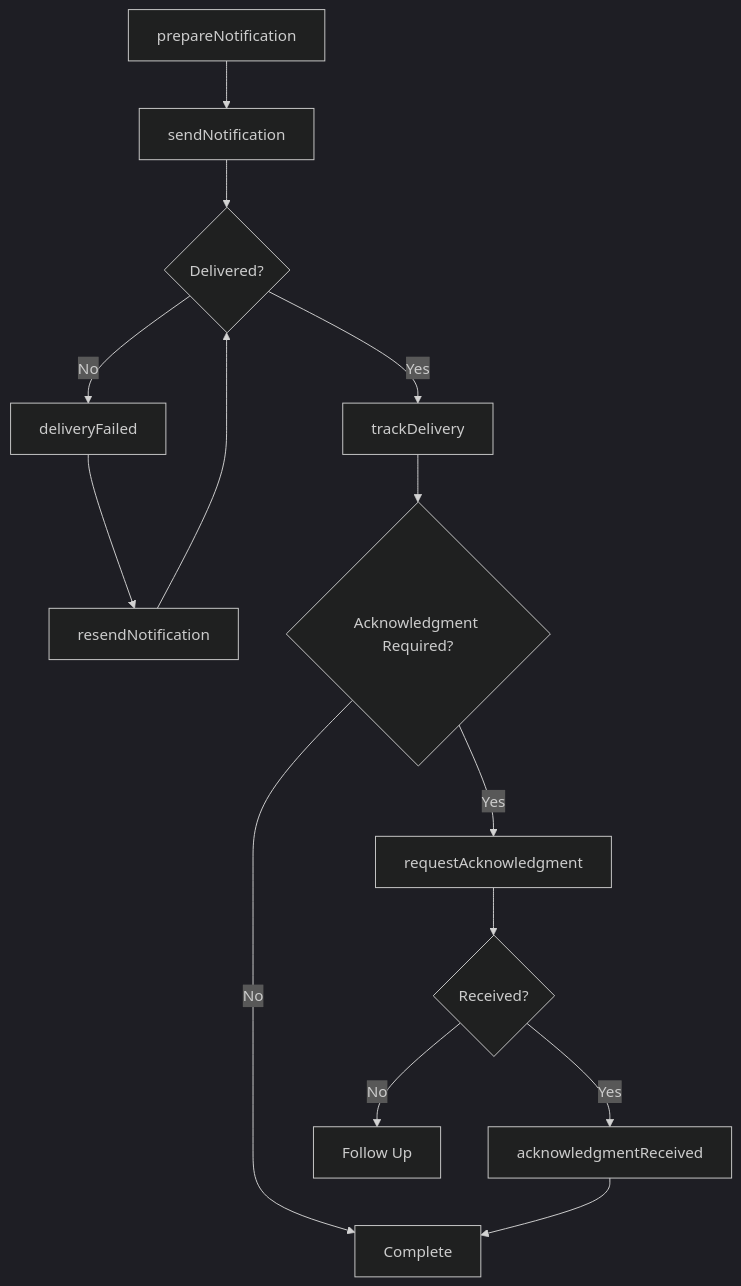
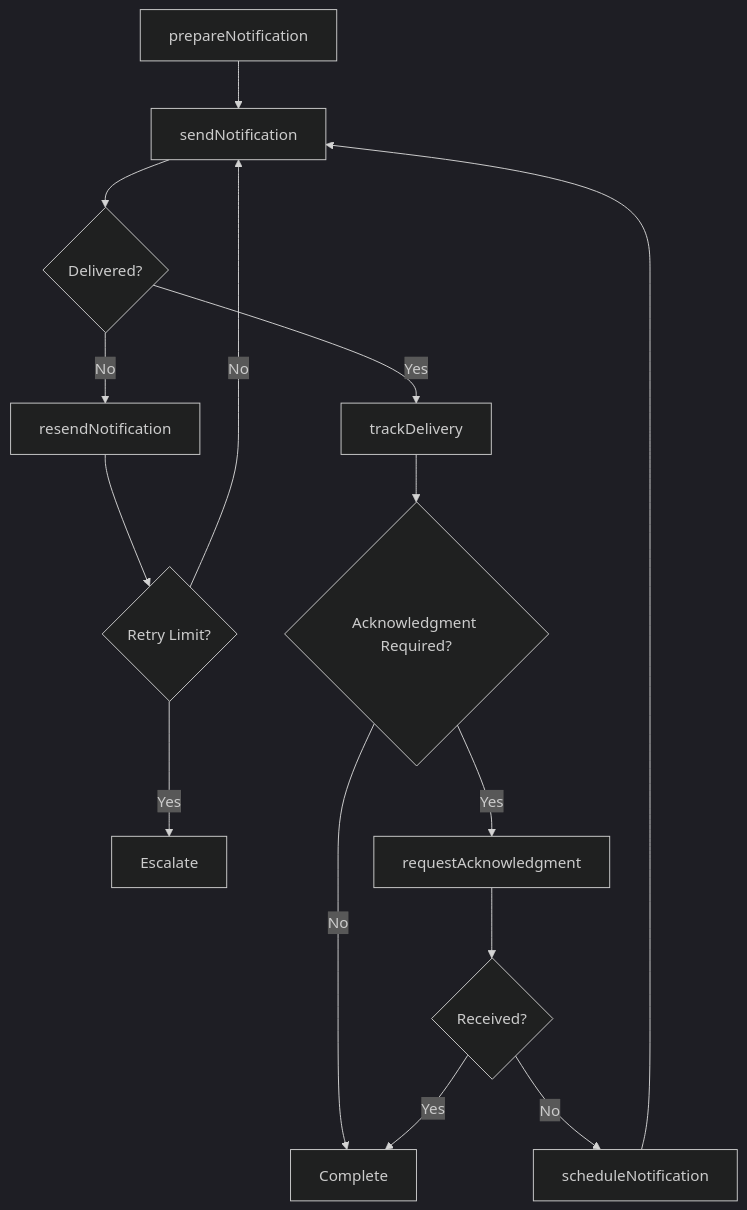
Before and after one commit to dot-org-ai/tasks.org.ai: the third of 4 diagrams in CommunicatingWithPeopleOutsideTheOrganization/ProvideInformationToGuestsClientsOrCustomers/InformIndividualsOrganizationsStatusFindings.mdx, drawn with Mermaid (dark theme). The commit also changed other lines of this file and 504 other files, not shown here.

First line of the commit message:
feat: Add ER diagrams, state diagrams, and workflow improvements to 96 DWA task files

````diff
--- a/CommunicatingWithPeopleOutsideTheOrganization/ProvideInformationToGuestsClientsOrCustomers/InformIndividualsOrganizationsStatusFindings.mdx
+++ b/CommunicatingWithPeopleOutsideTheOrganization/ProvideInformationToGuestsClientsOrCustomers/InformIndividualsOrganizationsStatusFindings.mdx
@@ -87,16 +114,17 @@
 ```mermaid
 graph TD
     A[prepareNotification] --> B[sendNotification]
     B --> C{Delivered?}
     C -->|Yes| D[trackDelivery]
-    C -->|No| E[deliveryFailed]
-    E --> F[resendNotification]
-    F --> C
-    D --> G{Acknowledgment Required?}
-    G -->|Yes| H[requestAcknowledgment]
-    G -->|No| I[Complete]
-    H --> J{Received?}
-    J -->|Yes| K[acknowledgmentReceived]
-    J -->|No| L[Follow Up]
-    K --> I
+    C -->|No| E[resendNotification]
+    E --> F{Retry Limit?}
+    F -->|No| B
+    F -->|Yes| G[Escalate]
+    D --> H{Acknowledgment Required?}
+    H -->|Yes| I[requestAcknowledgment]
+    H -->|No| J[Complete]
+    I --> K{Received?}
+    K -->|Yes| J
+    K -->|No| L[scheduleNotification]
+    L --> B
 ```
````
